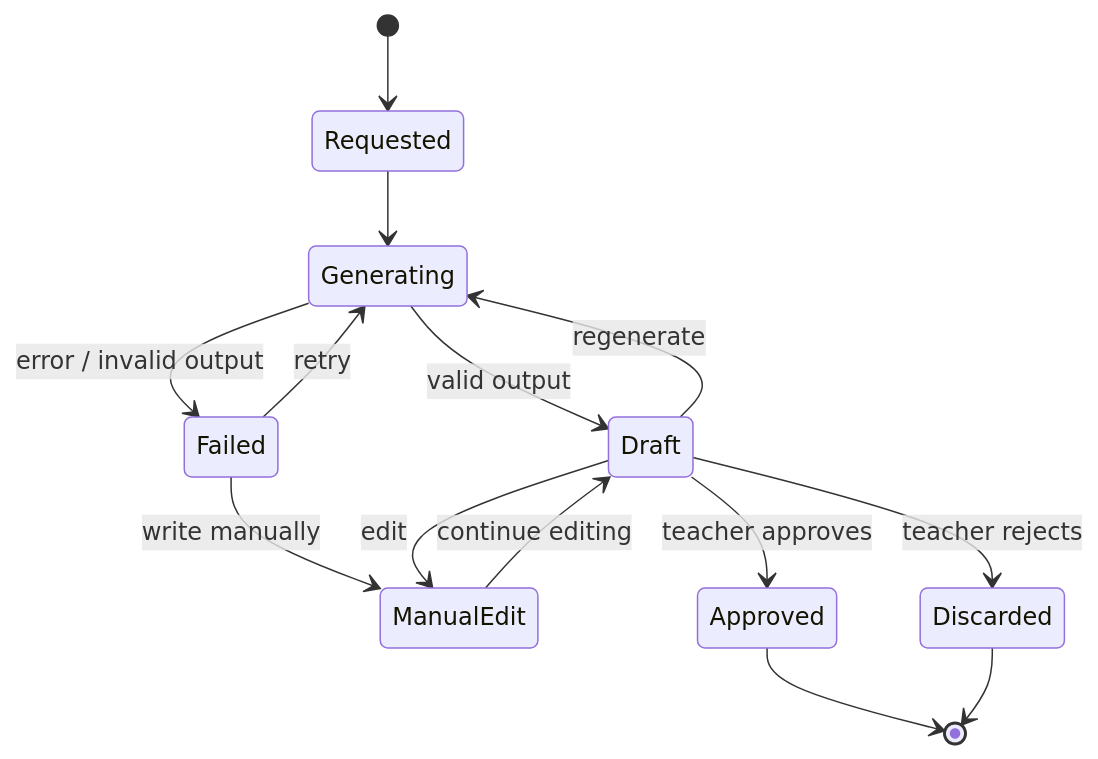
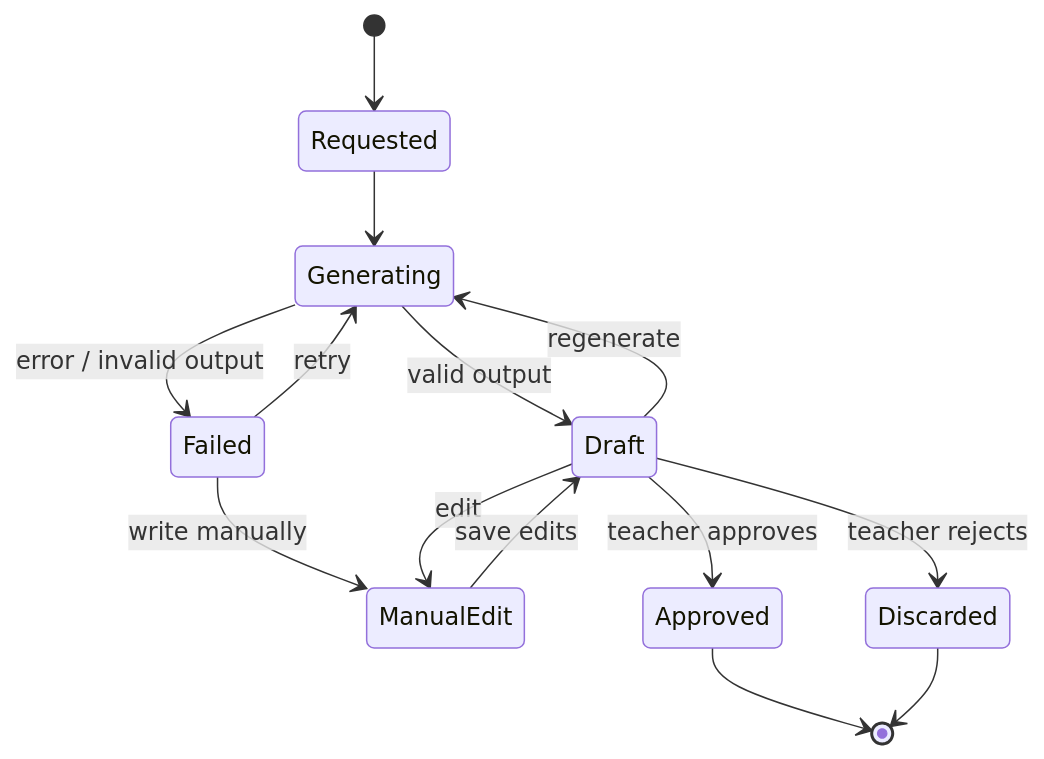
One commit to Akanimo-Umoh/ai-native-frontend changed the third of 3 diagrams in submissions/phase-1-product-strategy/02-system-boundary-diagram.md. Above: the diagram before and after it, drawn with Mermaid. The commit also changed other lines of this file, not shown here.

Commit message:
docs: update system boundary diagram for clarity and accuracy

````diff
--- a/submissions/phase-1-product-strategy/02-system-boundary-diagram.md
+++ b/submissions/phase-1-product-strategy/02-system-boundary-diagram.md
@@ -94,16 +93,16 @@
 ```mermaid
 stateDiagram-v2
   [*] --> Requested
   Requested --> Generating
   Generating --> Draft: valid output
   Generating --> Failed: error / invalid output
   Failed --> Generating: retry
   Failed --> ManualEdit: write manually
   Draft --> ManualEdit: edit
-  ManualEdit --> Draft: continue editing
+  ManualEdit --> Draft: save edits
   Draft --> Generating: regenerate
   Draft --> Approved: teacher approves
   Draft --> Discarded: teacher rejects
   Approved --> [*]
   Discarded --> [*]
 ```
````
